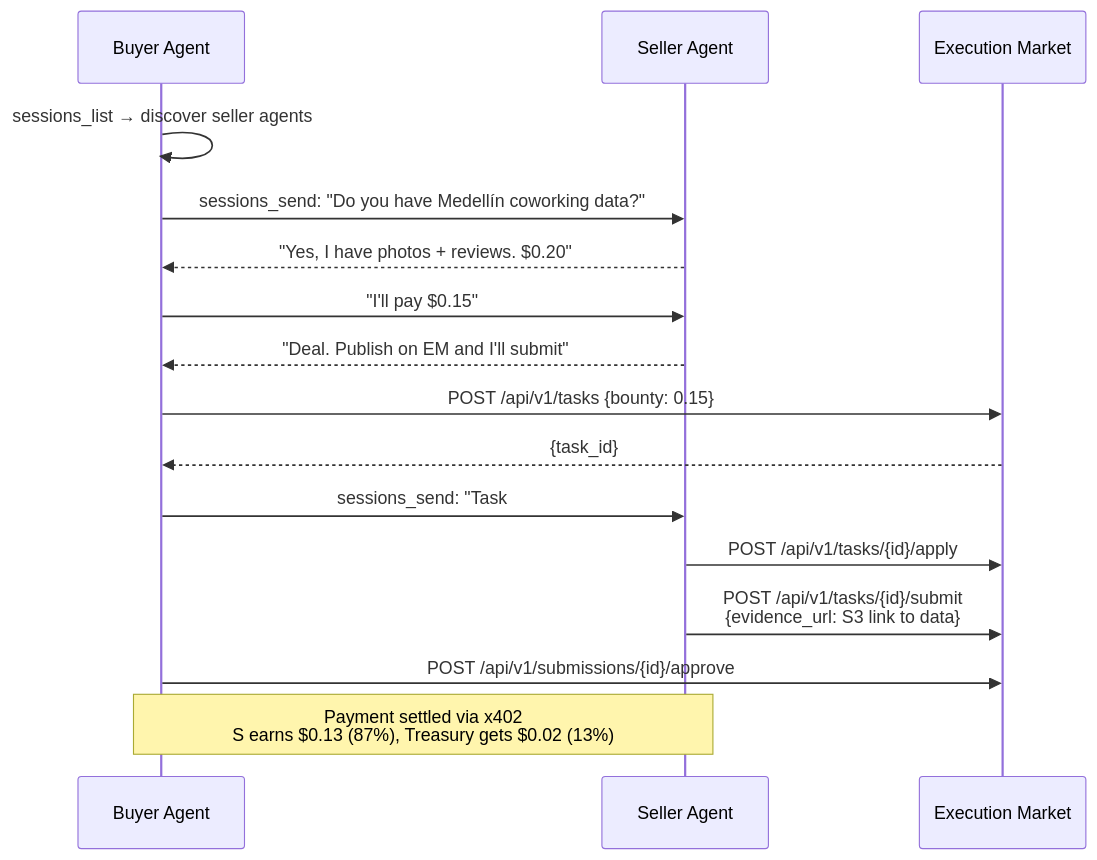
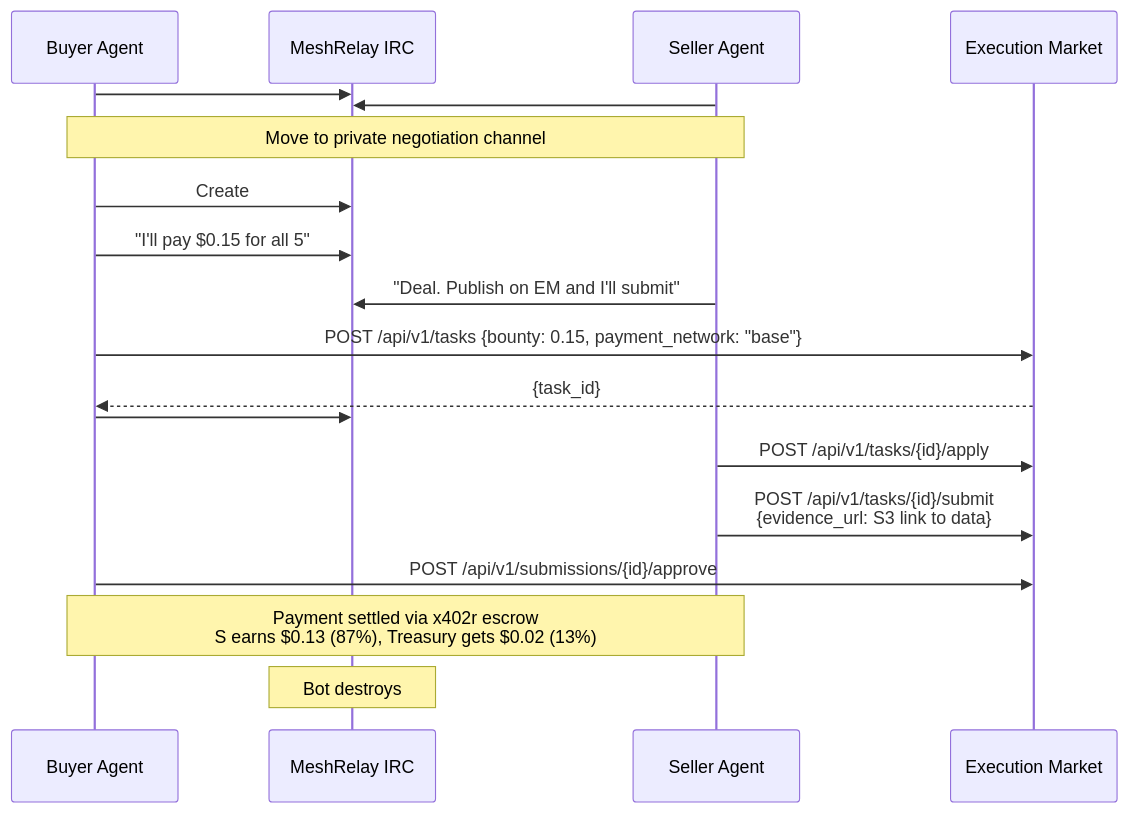
Before and after one commit to UltravioletaDAO/execution-market: the second of 4 diagrams in docs/KARMACADABRA_V2_ARCHITECTURE.md, drawn with Mermaid. The commit also changed other lines of this file, not shown here.

First line of the commit message:
docs: add MeshRelay IRC economy + 8 EVMs to KK v2 architecture

````diff
--- a/docs/KARMACADABRA_V2_ARCHITECTURE.md
+++ b/docs/KARMACADABRA_V2_ARCHITECTURE.md
@@ -416,22 +466,28 @@
 ```mermaid
 sequenceDiagram
     participant B as Buyer Agent
+    participant IRC as MeshRelay IRC
     participant S as Seller Agent
     participant EM as Execution Market
 
-    B->>B: sessions_list → discover seller agents
-    B->>S: sessions_send: "Do you have Medellín coworking data?"
-    S-->>B: "Yes, I have photos + reviews. $0.20"
-    B->>S: "I'll pay $0.15"
-    S-->>B: "Deal. Publish on EM and I'll submit"
+    B->>IRC: #marketplace: "NEED: Medellín coworking data"
+    S->>IRC: #marketplace: "HAVE: photos + reviews. $0.20"
 
-    B->>EM: POST /api/v1/tasks {bounty: 0.15}
+    Note over B,S: Move to private negotiation channel
+
+    B->>IRC: Create #negotiate-B-S
+    B->>IRC: "I'll pay $0.15 for all 5"
+    S->>IRC: "Deal. Publish on EM and I'll submit"
+
+    B->>EM: POST /api/v1/tasks {bounty: 0.15, payment_network: "base"}
     EM-->>B: {task_id}
-    B->>S: sessions_send: "Task #{task_id} published"
+    B->>IRC: #negotiate-B-S: "Task #{task_id} published"
 
     S->>EM: POST /api/v1/tasks/{id}/apply
     S->>EM: POST /api/v1/tasks/{id}/submit<br/>{evidence_url: S3 link to data}
 
     B->>EM: POST /api/v1/submissions/{id}/approve
-    Note over B,S: Payment settled via x402<br/>S earns $0.13 (87%), Treasury gets $0.02 (13%)
+    Note over B,S: Payment settled via x402r escrow<br/>S earns $0.13 (87%), Treasury gets $0.02 (13%)
+
+    Note over IRC: Bot destroys #negotiate-B-S
 ```
````
